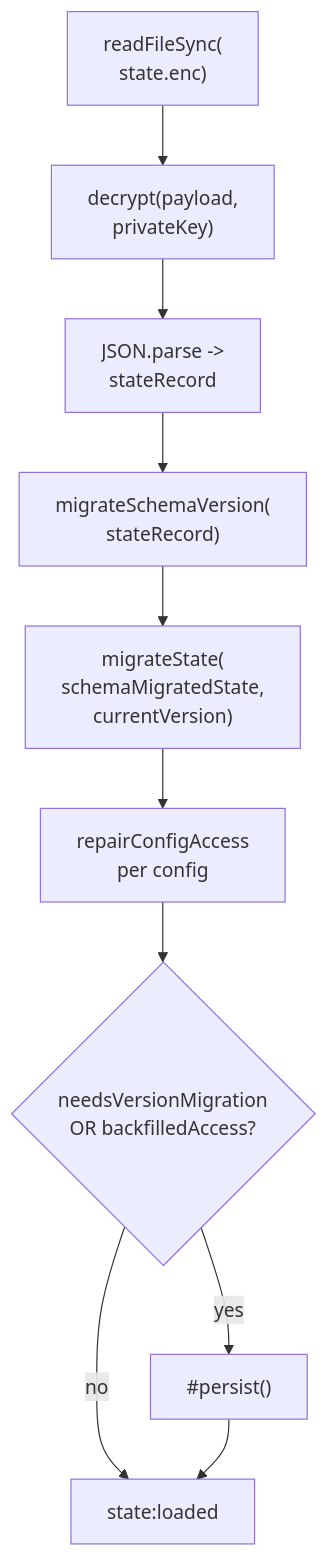
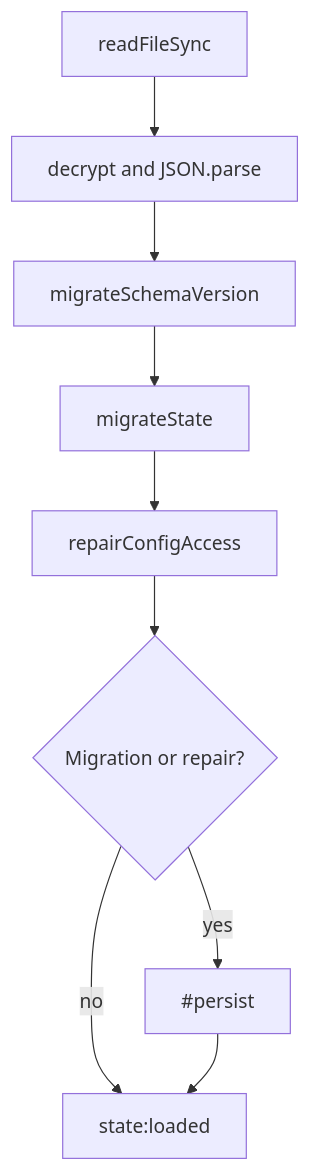
One commit to noormdev/noorm changed the fourth of 5 diagrams in docs/wiki/core-state.md. Above: the diagram before and after it, drawn with Mermaid. The commit also changed other lines of this file and 31 other files, not shown here.

````diff
--- a/docs/wiki/core-state.md
+++ b/docs/wiki/core-state.md
@@ -46,12 +133,12 @@
 ```mermaid
 flowchart TD
-    A["readFileSync(<br/>state.enc)"] --> B["decrypt(payload,<br/>privateKey)"]
-    B --> C["JSON.parse -><br/>stateRecord"]
-    C --> D["migrateSchemaVersion(<br/>stateRecord)"]
-    D --> E["migrateState(<br/>schemaMigratedState,<br/>currentVersion)"]
-    E --> F["repairConfigAccess<br/>per config"]
-    F --> G{"needsVersionMigration<br/>OR backfilledAccess?"}
-    G -->|yes| H["#persist()"]
-    G -->|no| I["state:loaded"]
-    H --> I
+    %% source: src/core/state/manager.ts, src/core/state/migrations.ts
+    A["readFileSync"] --> B["decrypt and JSON.parse"]
+    B --> C["migrateSchemaVersion"]
+    C --> D["migrateState"]
+    D --> E["repairConfigAccess"]
+    E --> F{"Migration or repair?"}
+    F -->|yes| G["#persist"]
+    F -->|no| H["state:loaded"]
+    G --> H
 ```
````
